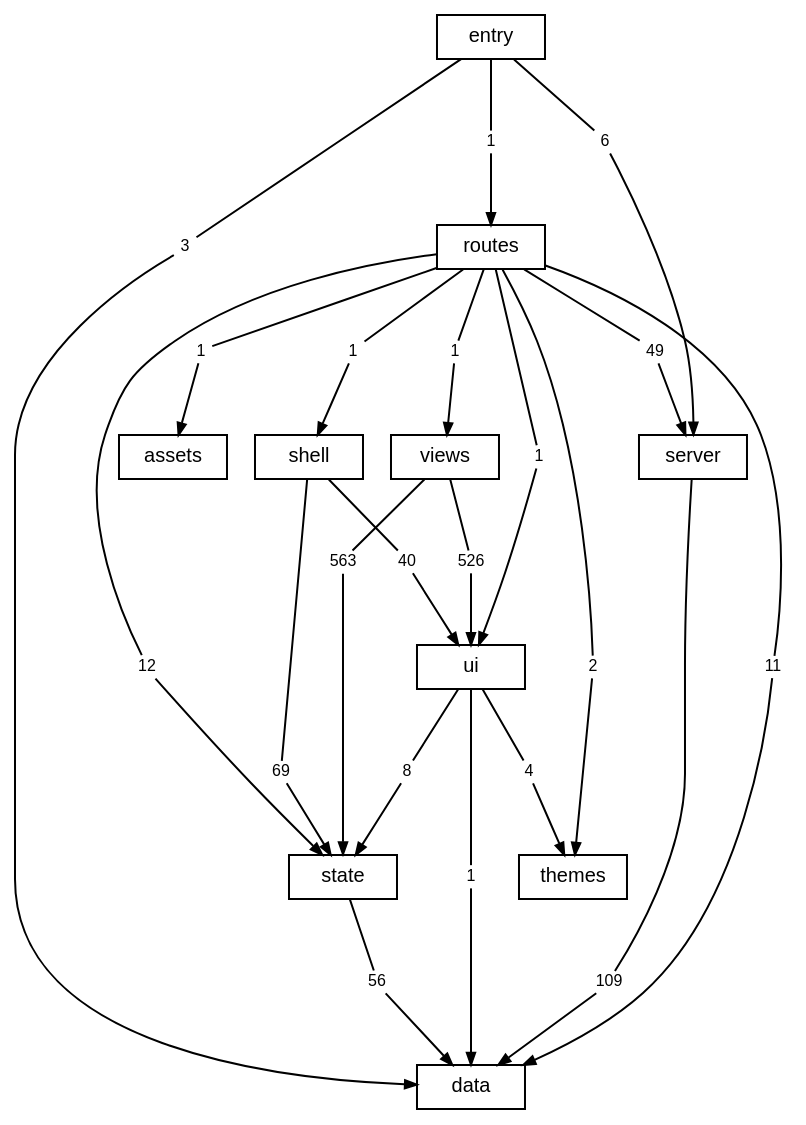
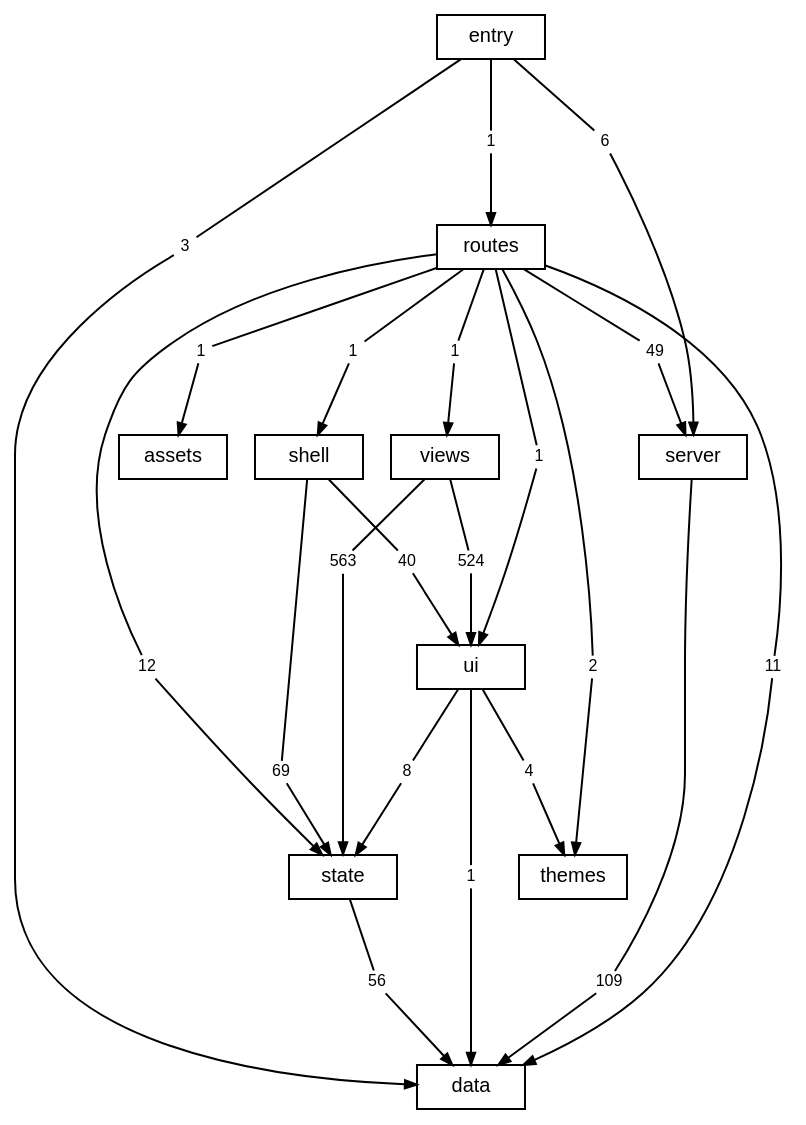
Before and after one commit to TheAxeC/oculus: the diagram in docs/diagrams/layers.dot, drawn with Graphviz. The commit also changed 31 other files, not shown here.

```diff
--- a/docs/diagrams/layers.dot
+++ b/docs/diagrams/layers.dot
@@ -1,75 +1,75 @@
 digraph layers {
     graph [bgcolor="transparent", rankdir=TB, newrank=true, fontname="Helvetica,Arial,sans-serif", fontsize=12, nodesep=0.2, ranksep=0.5];
     node [shape=box, color="black", fontcolor="black", fontname="Helvetica,Arial,sans-serif", fontsize=10, height=0.3, margin="0.12,0.04"];
     edge [color="black", fontcolor="black", fontname="Helvetica,Arial,sans-serif", fontsize=8, arrowsize=0.6];
     "data";
     "server";
     "state";
     "ui";
     "shell";
     "views";
     "themes";
     "routes";
     "src" [label="entry"];
     "files: assets" [label="assets"];
     "routes to data" [label="11", shape=box, color="transparent", fontsize=8, width=0, height=0, margin="0.04,0.02"];
     "routes" -> "routes to data" [arrowhead=none];
     "routes to data" -> "data" [];
     "routes to files: assets" [label="1", shape=box, color="transparent", fontsize=8, width=0, height=0, margin="0.04,0.02"];
     "routes" -> "routes to files: assets" [arrowhead=none];
     "routes to files: assets" -> "files: assets" [];
     "routes to server" [label="49", shape=box, color="transparent", fontsize=8, width=0, height=0, margin="0.04,0.02"];
     "routes" -> "routes to server" [arrowhead=none];
     "routes to server" -> "server" [];
     "routes to shell" [label="1", shape=box, color="transparent", fontsize=8, width=0, height=0, margin="0.04,0.02"];
     "routes" -> "routes to shell" [arrowhead=none];
     "routes to shell" -> "shell" [];
     "routes to state" [label="12", shape=box, color="transparent", fontsize=8, width=0, height=0, margin="0.04,0.02"];
     "routes" -> "routes to state" [arrowhead=none];
     "routes to state" -> "state" [];
     "routes to themes" [label="2", shape=box, color="transparent", fontsize=8, width=0, height=0, margin="0.04,0.02"];
     "routes" -> "routes to themes" [arrowhead=none];
     "routes to themes" -> "themes" [];
     "routes to ui" [label="1", shape=box, color="transparent", fontsize=8, width=0, height=0, margin="0.04,0.02"];
     "routes" -> "routes to ui" [arrowhead=none];
     "routes to ui" -> "ui" [];
     "routes to views" [label="1", shape=box, color="transparent", fontsize=8, width=0, height=0, margin="0.04,0.02"];
     "routes" -> "routes to views" [arrowhead=none];
     "routes to views" -> "views" [];
     "server to data" [label="109", shape=box, color="transparent", fontsize=8, width=0, height=0, margin="0.04,0.02"];
     "server" -> "server to data" [arrowhead=none];
     "server to data" -> "data" [];
     "shell to state" [label="69", shape=box, color="transparent", fontsize=8, width=0, height=0, margin="0.04,0.02"];
     "shell" -> "shell to state" [arrowhead=none];
     "shell to state" -> "state" [];
     "shell to ui" [label="40", shape=box, color="transparent", fontsize=8, width=0, height=0, margin="0.04,0.02"];
     "shell" -> "shell to ui" [arrowhead=none];
     "shell to ui" -> "ui" [];
     "src to data" [label="3", shape=box, color="transparent", fontsize=8, width=0, height=0, margin="0.04,0.02"];
     "src" -> "src to data" [arrowhead=none];
     "src to data" -> "data" [];
     "src to routes" [label="1", shape=box, color="transparent", fontsize=8, width=0, height=0, margin="0.04,0.02"];
     "src" -> "src to routes" [arrowhead=none];
     "src to routes" -> "routes" [];
     "src to server" [label="6", shape=box, color="transparent", fontsize=8, width=0, height=0, margin="0.04,0.02"];
     "src" -> "src to server" [arrowhead=none];
     "src to server" -> "server" [];
     "state to data" [label="56", shape=box, color="transparent", fontsize=8, width=0, height=0, margin="0.04,0.02"];
     "state" -> "state to data" [arrowhead=none];
     "state to data" -> "data" [];
     "ui to data" [label="1", shape=box, color="transparent", fontsize=8, width=0, height=0, margin="0.04,0.02"];
     "ui" -> "ui to data" [arrowhead=none];
     "ui to data" -> "data" [];
     "ui to state" [label="8", shape=box, color="transparent", fontsize=8, width=0, height=0, margin="0.04,0.02"];
     "ui" -> "ui to state" [arrowhead=none];
     "ui to state" -> "state" [];
     "ui to themes" [label="4", shape=box, color="transparent", fontsize=8, width=0, height=0, margin="0.04,0.02"];
     "ui" -> "ui to themes" [arrowhead=none];
     "ui to themes" -> "themes" [];
     "views to state" [label="563", shape=box, color="transparent", fontsize=8, width=0, height=0, margin="0.04,0.02"];
     "views" -> "views to state" [arrowhead=none];
     "views to state" -> "state" [];
-    "views to ui" [label="526", shape=box, color="transparent", fontsize=8, width=0, height=0, margin="0.04,0.02"];
+    "views to ui" [label="524", shape=box, color="transparent", fontsize=8, width=0, height=0, margin="0.04,0.02"];
     "views" -> "views to ui" [arrowhead=none];
     "views to ui" -> "ui" [];
 }
```
